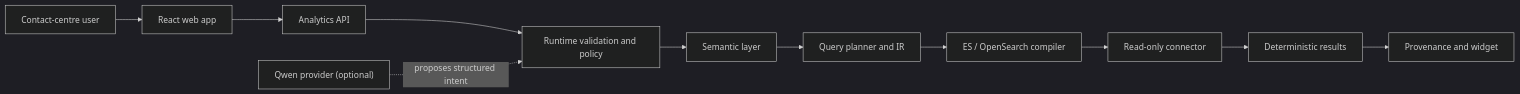
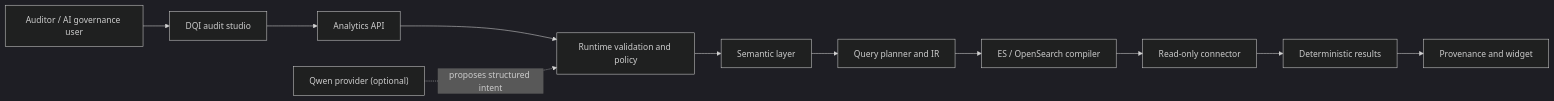
The diagram in docs/architecture/overview.md (JonBoyd2401/DQI-analytics), drawn with Mermaid (dark theme) before and after one commit. The commit also changed 34 other files, not shown here.

Commit message:
Build DQI natural-language audit reporting demo

````diff
--- a/docs/architecture/overview.md
+++ b/docs/architecture/overview.md
@@ -5,13 +5,13 @@
 ```mermaid
 flowchart LR
-  U["Contact-centre user"] --> W["React web app"]
+  U["Auditor / AI governance user"] --> W["DQI audit studio"]
   W --> A["Analytics API"]
   A --> V["Runtime validation and policy"]
   V --> S["Semantic layer"]
   S --> Q["Query planner and IR"]
   Q --> C["ES / OpenSearch compiler"]
   C --> D["Read-only connector"]
   D --> R["Deterministic results"]
   R --> P["Provenance and widget"]
   L["Qwen provider (optional)"] -. "proposes structured intent" .-> V
 ```
````
